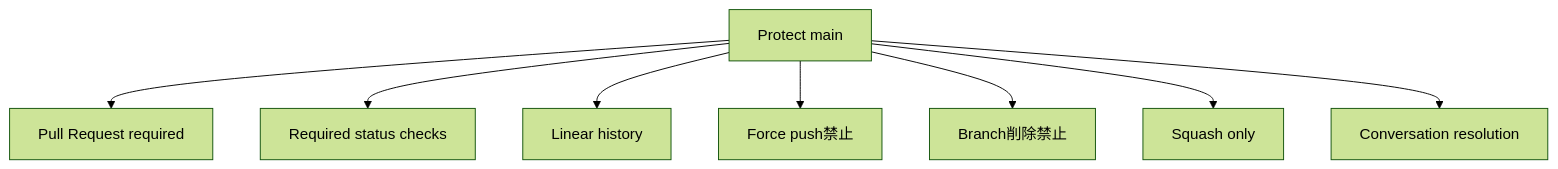
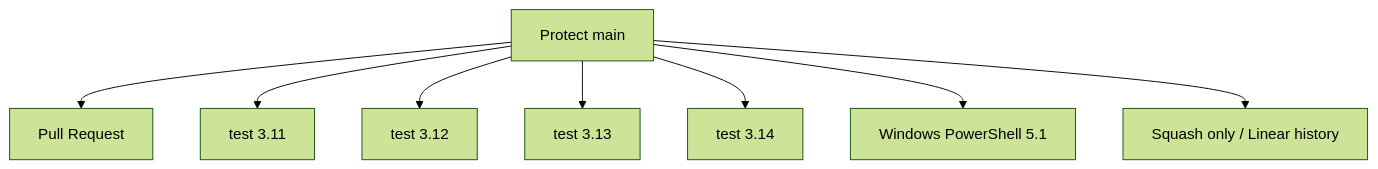
One commit to k-systems202208/python-sqlite-tailscale-webapp-template changed the second of 5 diagrams in docs/GITHUB-SETUP.md. Above: the diagram before and after it, drawn with Mermaid (forest theme). The commit also changed other lines of this file and 42 other files, not shown here.

````diff
--- a/docs/GITHUB-SETUP.md
+++ b/docs/GITHUB-SETUP.md
@@ -59,10 +69,10 @@
 ```mermaid
 flowchart TD
-    R["Protect main"] --> P["Pull Request required"]
-    R --> C["Required status checks"]
-    R --> L["Linear history"]
-    R --> F["Force push禁止"]
-    R --> D["Branch削除禁止"]
-    R --> S["Squash only"]
-    R --> V["Conversation resolution"]
+    R["Protect main"] --> P["Pull Request"]
+    R --> P11["test 3.11"]
+    R --> P12["test 3.12"]
+    R --> P13["test 3.13"]
+    R --> P14["test 3.14"]
+    R --> W["Windows PowerShell 5.1"]
+    R --> S["Squash only / Linear history"]
 ```
````
